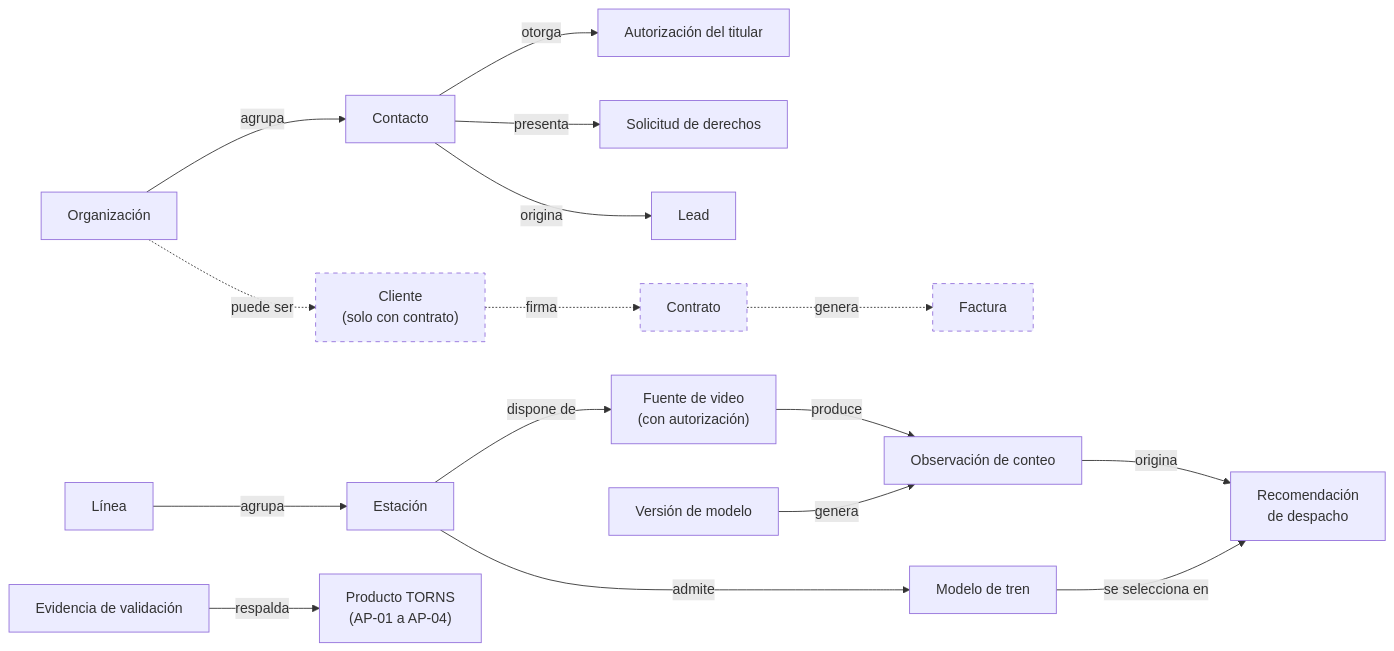
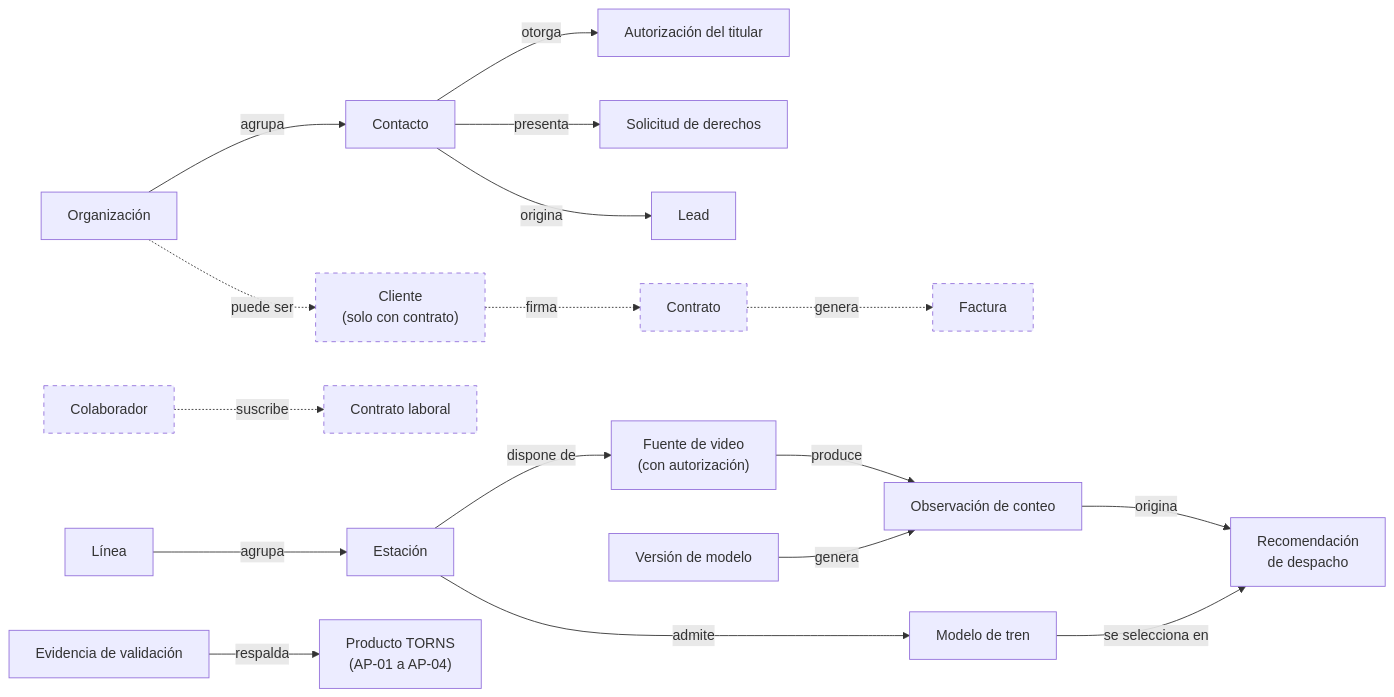
The diagram in docs/ae-final-project/ondas/M2-datos/diagramas/E-02-conceptual-to-be.mmd (5arSanti/tro-launcher), drawn with Mermaid before and after one commit. The commit also changed 4 other files, not shown here.

First line of the commit message:
M2: colaborador y contrato_laboral ligados a P-09 (TO-BE condicional) (#9)

```diff
--- a/docs/ae-final-project/ondas/M2-datos/diagramas/E-02-conceptual-to-be.mmd
+++ b/docs/ae-final-project/ondas/M2-datos/diagramas/E-02-conceptual-to-be.mmd
@@ -1,36 +1,41 @@
 flowchart LR
     Organizacion["Organización"]
     Contacto["Contacto"]
     Autorizacion["Autorización del titular"]
     Solicitud["Solicitud de derechos"]
     Lead["Lead"]
     Cliente["Cliente<br/>(solo con contrato)"]
     Contrato["Contrato"]
     Factura["Factura"]
+    Colaborador["Colaborador"]
+    ContratoLab["Contrato laboral"]
     Linea["Línea"]
     Estacion["Estación"]
     Fuente["Fuente de video<br/>(con autorización)"]
     Observacion["Observación de conteo"]
     Version["Versión de modelo"]
     ModeloTren["Modelo de tren"]
     Recom["Recomendación<br/>de despacho"]
     Evidencia["Evidencia de validación"]
     Producto["Producto TORNS<br/>(AP-01 a AP-04)"]
     Organizacion -->|"agrupa"| Contacto
     Contacto -->|"otorga"| Autorizacion
     Contacto -->|"presenta"| Solicitud
     Contacto -->|"origina"| Lead
     Organizacion -.->|"puede ser"| Cliente
     Cliente -.->|"firma"| Contrato
     Contrato -.->|"genera"| Factura
+    Colaborador -.->|"suscribe"| ContratoLab
     Linea -->|"agrupa"| Estacion
     Estacion -->|"dispone de"| Fuente
     Fuente -->|"produce"| Observacion
     Version -->|"genera"| Observacion
     Observacion -->|"origina"| Recom
     ModeloTren -->|"se selecciona en"| Recom
     Estacion -->|"admite"| ModeloTren
     Evidencia -->|"respalda"| Producto
     style Cliente stroke-dasharray: 5 5
     style Contrato stroke-dasharray: 5 5
     style Factura stroke-dasharray: 5 5
+    style Colaborador stroke-dasharray: 5 5
+    style ContratoLab stroke-dasharray: 5 5
```
